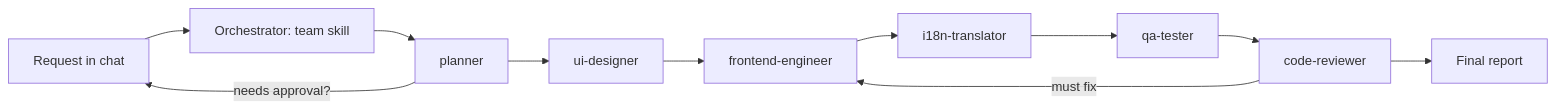
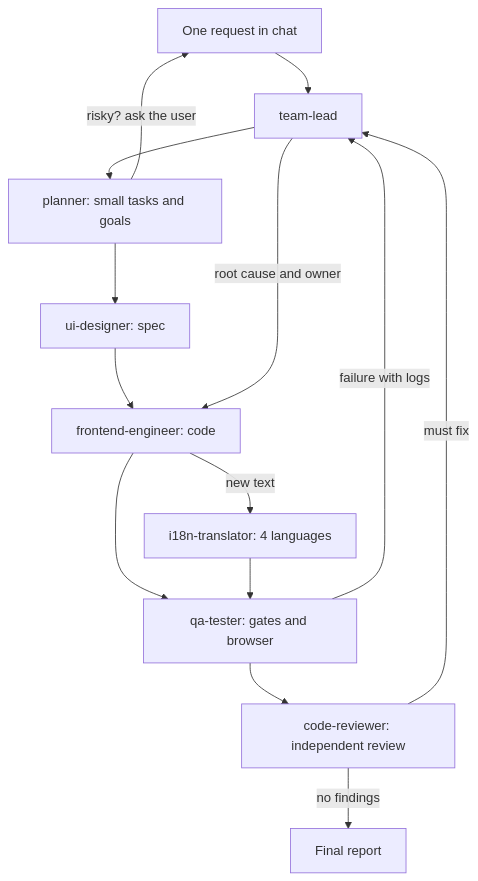
One commit to Unnati101/scoopwise changed the diagram in DEMO.md. Above: the diagram before and after it, drawn with Mermaid. The commit also changed other lines of this file and 44 other files, not shown here.

````diff
--- a/DEMO.md
+++ b/DEMO.md
@@ -75,13 +103,16 @@
 ```mermaid
-flowchart LR
-  U[Request in chat] --> O[Orchestrator: team skill]
-  O --> P[planner]
-  P -->|needs approval?| U
-  P --> D[ui-designer]
-  D --> E[frontend-engineer]
-  E --> T[i18n-translator]
-  T --> Q[qa-tester]
-  Q --> R[code-reviewer]
-  R -->|must fix| E
-  R --> F[Final report]
+flowchart TD
+  U[One request in chat] --> L[team-lead]
+  L --> P[planner: small tasks and goals]
+  P -->|risky? ask the user| U
+  P --> D[ui-designer: spec]
+  D --> E[frontend-engineer: code]
+  E -->|new text| T[i18n-translator: 4 languages]
+  E --> Q[qa-tester: gates and browser]
+  T --> Q
+  Q -->|failure with logs| L
+  Q --> R[code-reviewer: independent review]
+  R -->|must fix| L
+  L -->|root cause and owner| E
+  R -->|no findings| F[Final report]
 ```
````
